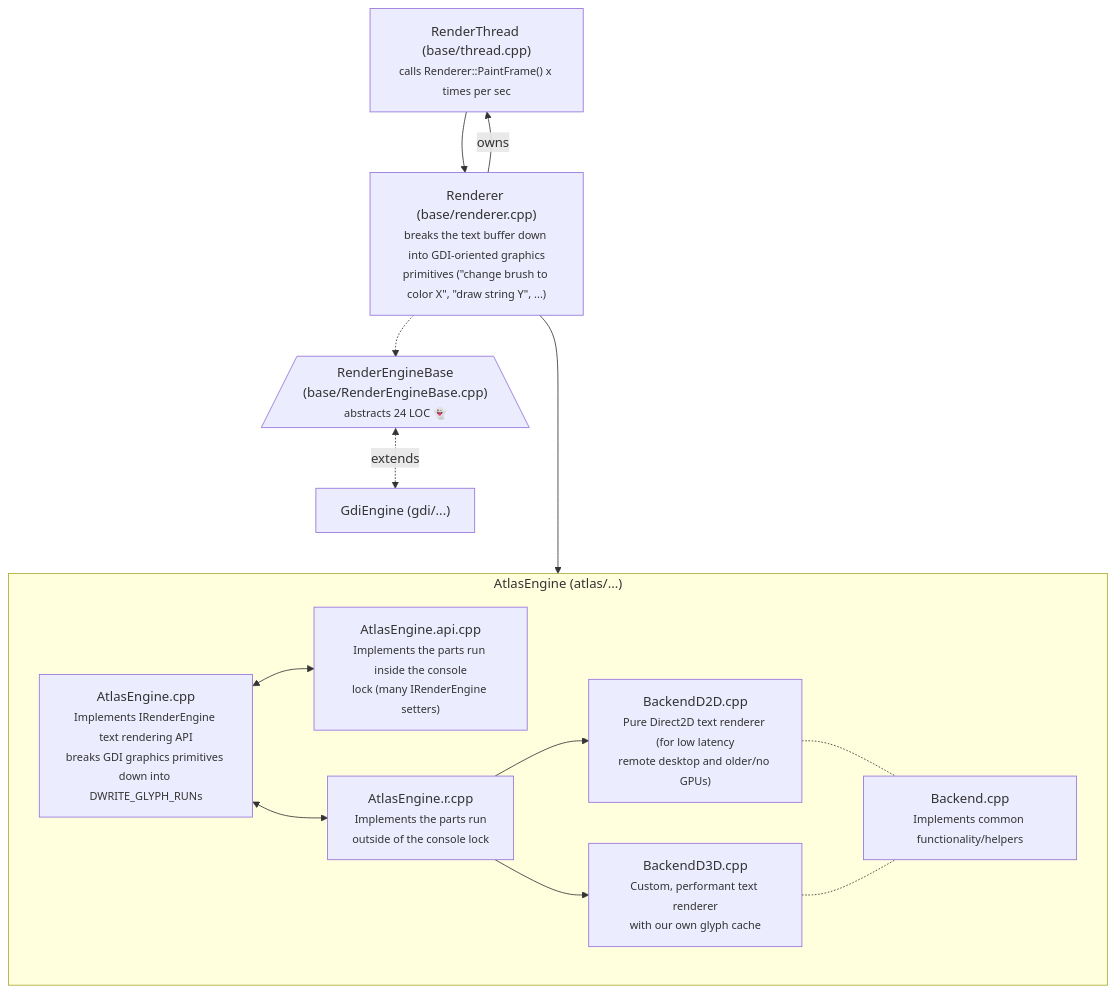
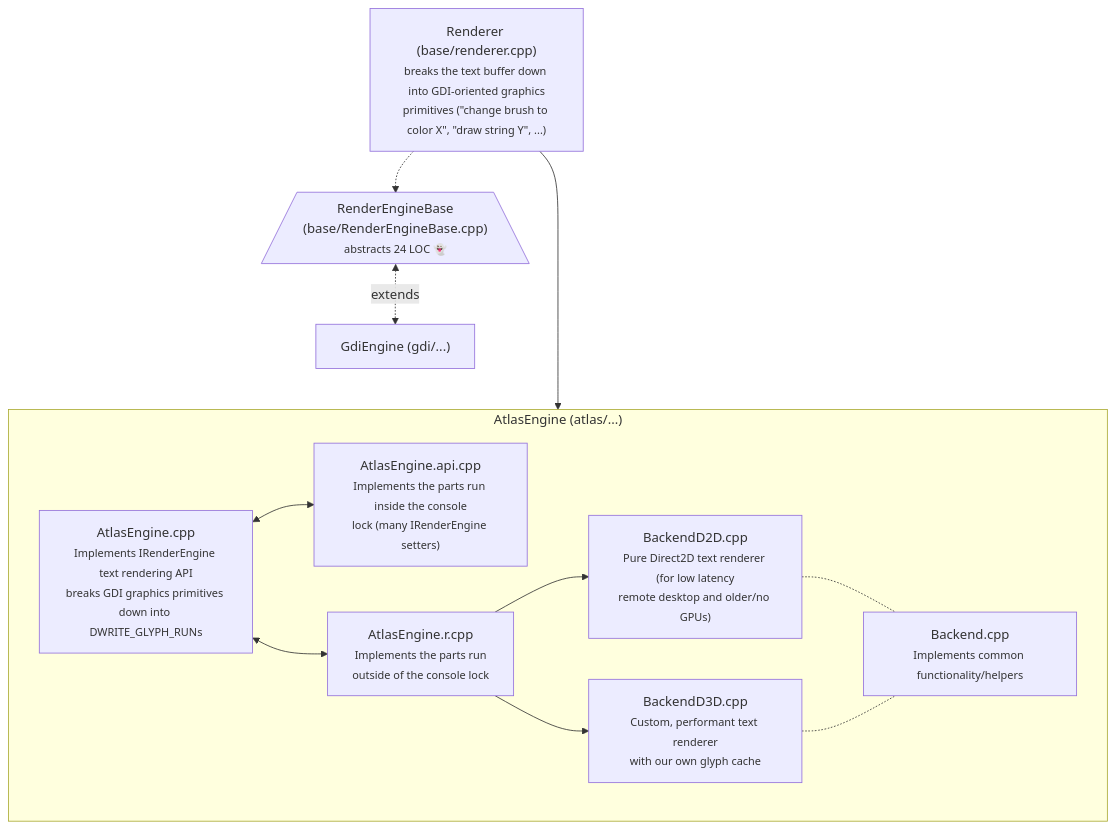
Before and after one commit to microsoft/terminal: the first of 7 diagrams in src/renderer/atlas/README.md, drawn with Mermaid. The commit also changed 14 other files, not shown here.

````diff
--- a/src/renderer/atlas/README.md
+++ b/src/renderer/atlas/README.md
@@ -5,29 +5,26 @@
 ```mermaid
 graph TD
-    RenderThread["RenderThread (base/thread.cpp)<br><small>calls Renderer::PaintFrame() x times per sec</small>"]
     Renderer["Renderer (base/renderer.cpp)<br><small>breaks the text buffer down into GDI-oriented graphics<br>primitives (#quot;change brush to color X#quot;, #quot;draw string Y#quot;, ...)</small>"]
     RenderEngineBase[/"RenderEngineBase<br>(base/RenderEngineBase.cpp)<br><small>abstracts 24 LOC 👻</small>"\]
     GdiEngine["GdiEngine (gdi/...)"]
 
     subgraph AtlasEngine["AtlasEngine (atlas/...)"]
         AtlasEngine.cpp["AtlasEngine.cpp<br><small>Implements IRenderEngine text rendering API<br>breaks GDI graphics primitives down into DWRITE_GLYPH_RUNs</small>"]
         AtlasEngine.api.cpp["AtlasEngine.api.cpp<br><small>Implements the parts run inside the console<br>lock (many IRenderEngine setters)<small>"]
         AtlasEngine.r.cpp["AtlasEngine.r.cpp<br><small>Implements the parts run<br>outside of the console lock<small>"]
         Backend.cpp["Backend.cpp<br><small>Implements common functionality/helpers</small>"]
         BackendD2D.cpp["BackendD2D.cpp<br><small>Pure Direct2D text renderer (for low latency<br>remote desktop and older/no GPUs)</small>"]
         BackendD3D.cpp["BackendD3D.cpp<br><small>Custom, performant text renderer<br>with our own glyph cache</small>"]
     end
 
-    RenderThread --> Renderer
-    Renderer -->|owns| RenderThread
     Renderer -.-> RenderEngineBase
     %% Mermaid.js has no support for backwards arrow at the moment
     RenderEngineBase <-.->|extends| GdiEngine
     Renderer ----> AtlasEngine
     AtlasEngine.cpp <--> AtlasEngine.api.cpp
     AtlasEngine.cpp <--> AtlasEngine.r.cpp
     AtlasEngine.r.cpp --> BackendD2D.cpp
     AtlasEngine.r.cpp --> BackendD3D.cpp
     BackendD2D.cpp -.- Backend.cpp
     BackendD3D.cpp -.- Backend.cpp
 ```
````
